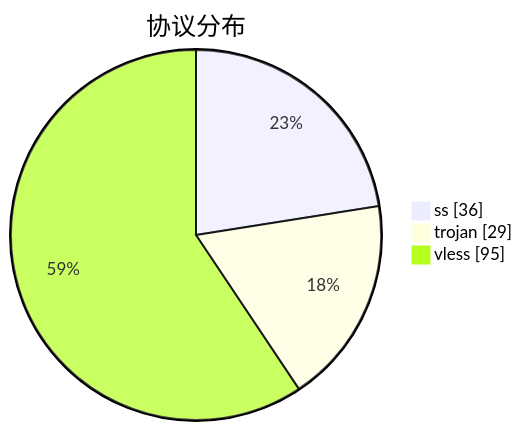
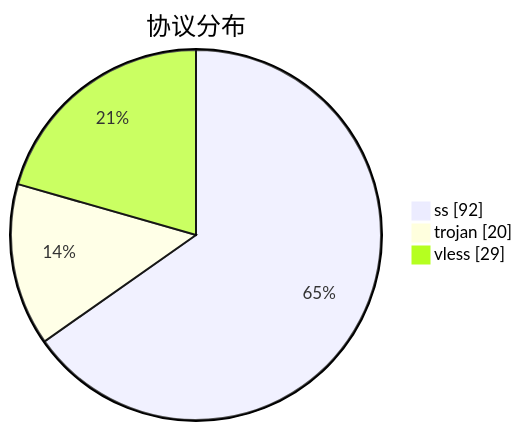
The third of 3 diagrams in subs/statistics/tested_within.md (qjlxg/airport), drawn with Mermaid before and after one commit. The commit also changed other lines of this file and 2 other files, not shown here.

````diff
--- a/subs/statistics/tested_within.md
+++ b/subs/statistics/tested_within.md
@@ -30,7 +30,7 @@
 ```mermaid
 pie showData
 title 协议分布
-"ss" : 36
-"trojan" : 29
-"vless" : 95
+"ss" : 92
+"trojan" : 20
+"vless" : 29
 ```
````
